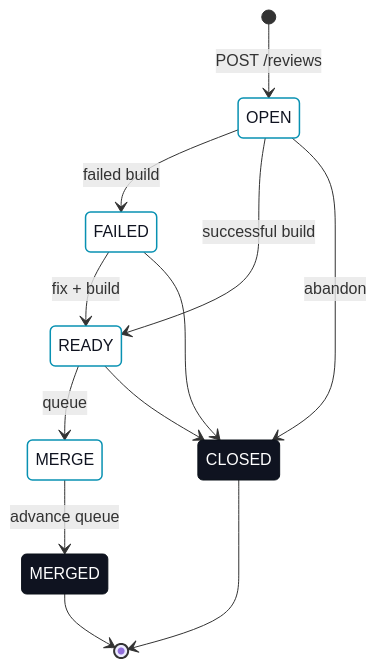
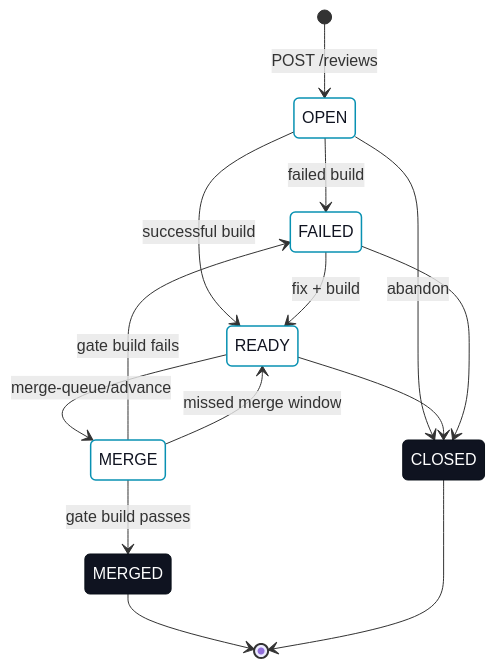
The diagram in erun-docs/docs/collaboration/reviews.md (sophium/erun), drawn with Mermaid before and after one commit. The commit also changed other lines of this file and 26 other files, not shown here.

````diff
--- a/erun-docs/docs/collaboration/reviews.md
+++ b/erun-docs/docs/collaboration/reviews.md
@@ -71,20 +71,22 @@
 ```mermaid
 stateDiagram-v2
     classDef endpoint fill:#0f1320,color:#ffffff,stroke:#0a1019,stroke-width:1px
     classDef step fill:#ffffff,color:#0f1320,stroke:#0891b2,stroke-width:1.5px
 
     [*] --> OPEN: POST /reviews
     OPEN --> FAILED: failed build
     OPEN --> READY: successful build
     FAILED --> READY: fix + build
-    READY --> MERGE: queue
-    MERGE --> MERGED: advance queue
+    READY --> MERGE: merge-queue/advance
+    MERGE --> MERGED: gate build passes
+    MERGE --> FAILED: gate build fails
+    MERGE --> READY: missed merge window
     OPEN --> CLOSED: abandon
     READY --> CLOSED
     FAILED --> CLOSED
     MERGED --> [*]
     CLOSED --> [*]
 
     class OPEN,FAILED,READY,MERGE step
     class MERGED,CLOSED endpoint
 ```
````
